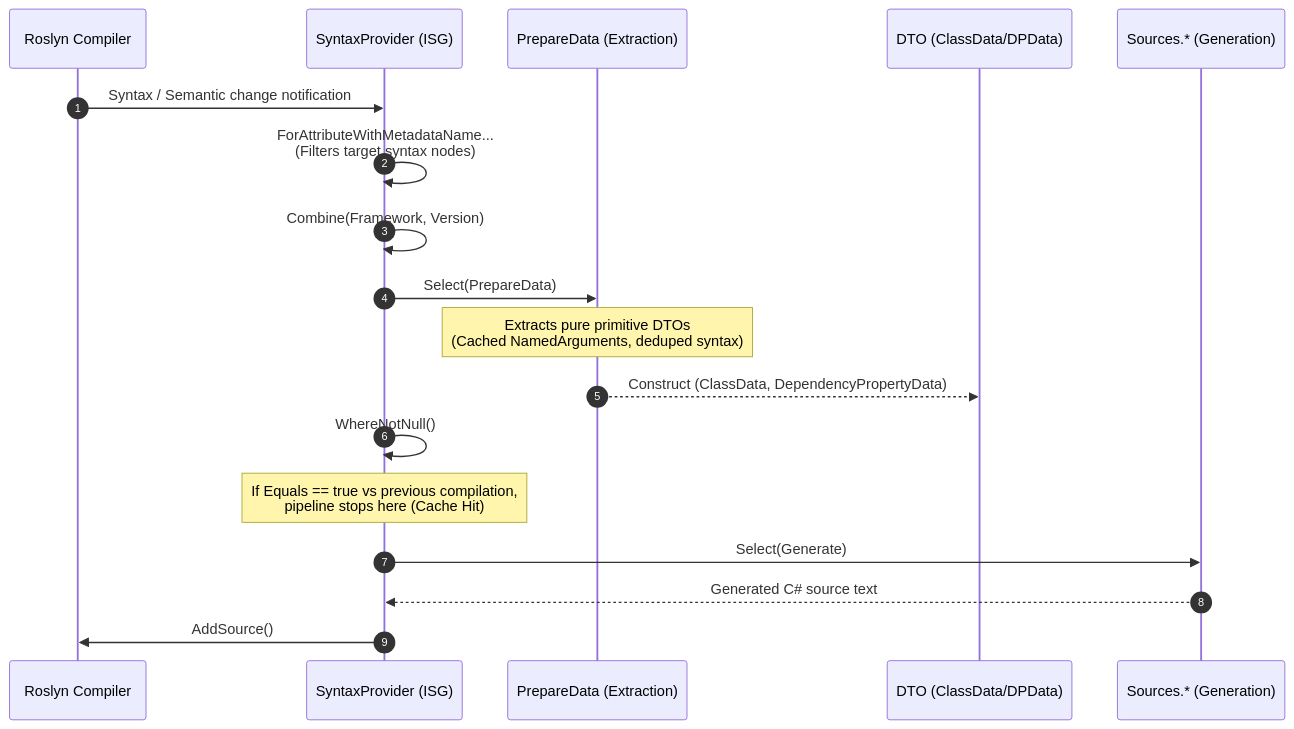
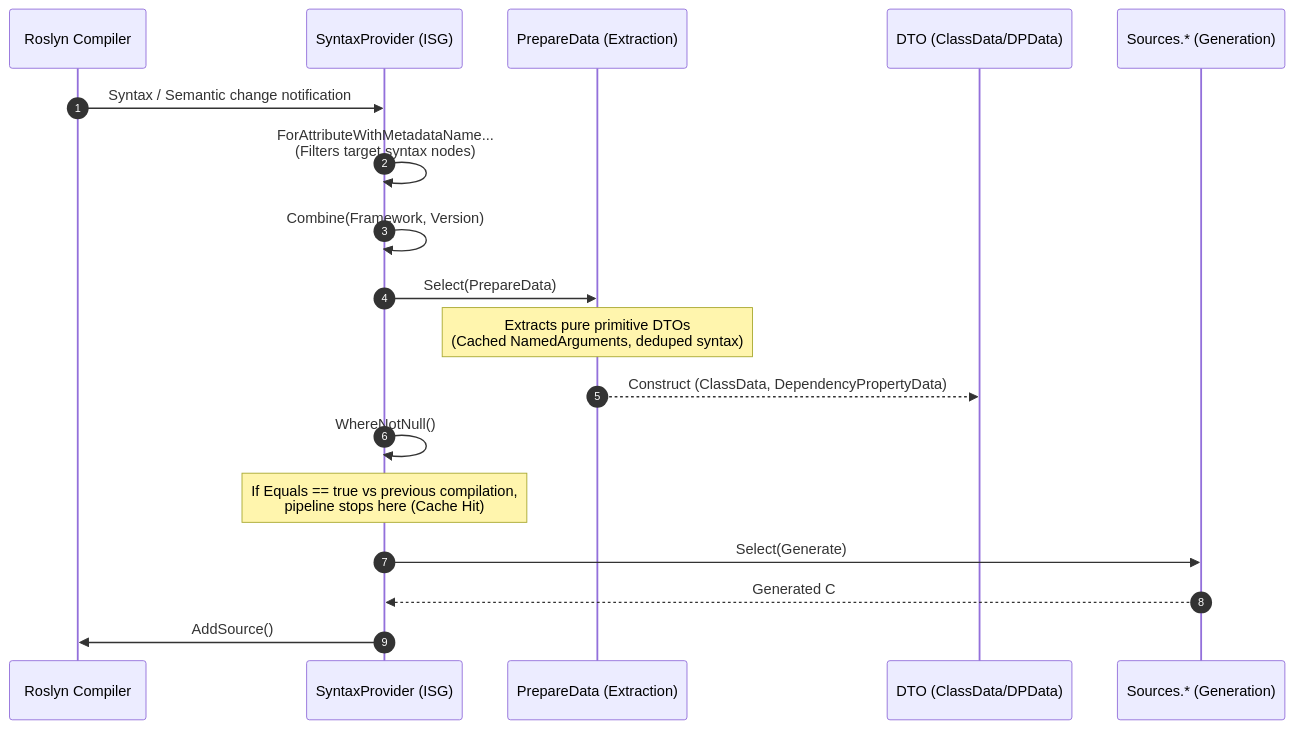
Before and after one commit to kassyi/DependencyPropertyGenerator: the first of 6 diagrams in spec/en/03_pipeline_architecture.md, drawn with Mermaid. The commit also changed other lines of this file and 8 other files, not shown here.

````diff
--- a/spec/en/03_pipeline_architecture.md
+++ b/spec/en/03_pipeline_architecture.md
@@ -14,21 +11,21 @@
 ```mermaid
 sequenceDiagram
     autonumber
     participant Compiler as Roslyn Compiler
     participant SP as SyntaxProvider (ISG)
     participant Prepare as PrepareData (Extraction)
     participant Model as DTO (ClassData/DPData)
     participant Source as Sources.* (Generation)
-    
+
     Compiler->>SP: Syntax / Semantic change notification
     SP->>SP: ForAttributeWithMetadataName...<br/>(Filters target syntax nodes)
     SP->>SP: Combine(Framework, Version)
     SP->>Prepare: Select(PrepareData)
     Note over Prepare: Extracts pure primitive DTOs<br/>(Cached NamedArguments, deduped syntax)
     Prepare-->>Model: Construct (ClassData, DependencyPropertyData)
     SP->>SP: WhereNotNull()
     Note over SP: If Equals == true vs previous compilation,<br/>pipeline stops here (Cache Hit)
     SP->>Source: Select(Generate)
-    Source-->>SP: Generated C#35; source text
+    Source-->>SP: Generated C# source text
     SP->>Compiler: AddSource()
 ```
````
